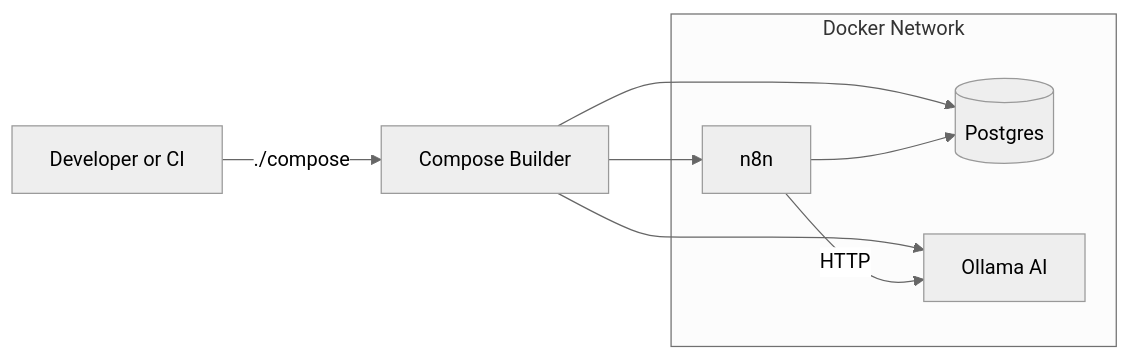
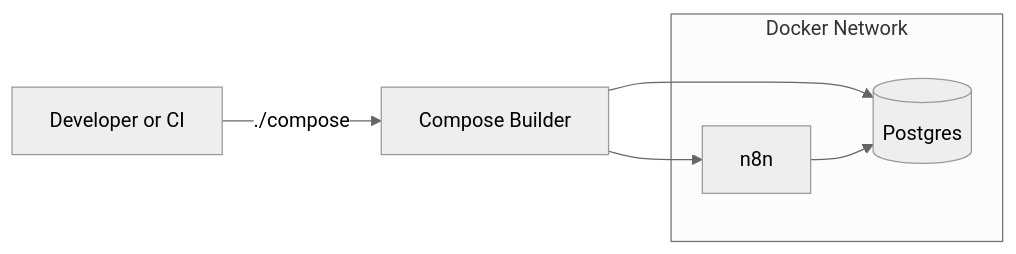
The first of 3 diagrams in README.md (C0ltonW/Eugenius-Docker-n8n), drawn with Mermaid (neutral theme) before and after one commit. The commit also changed other lines of this file and 6 other files, not shown here.

````diff
--- a/README.md
+++ b/README.md
@@ -20,17 +19,14 @@
 ```mermaid
 flowchart LR
     User[Developer or CI] -->|./compose| Orchestrator[Compose Builder]
 
     subgraph Docker_Network[Docker Network]
         n8n[n8n]
         postgres[(Postgres)]
-        ollama[Ollama AI]
     end
 
     Orchestrator --> n8n
     Orchestrator --> postgres
-    Orchestrator --> ollama
-
+    
     n8n --> postgres
-    n8n -->|HTTP| ollama
 ```
````
